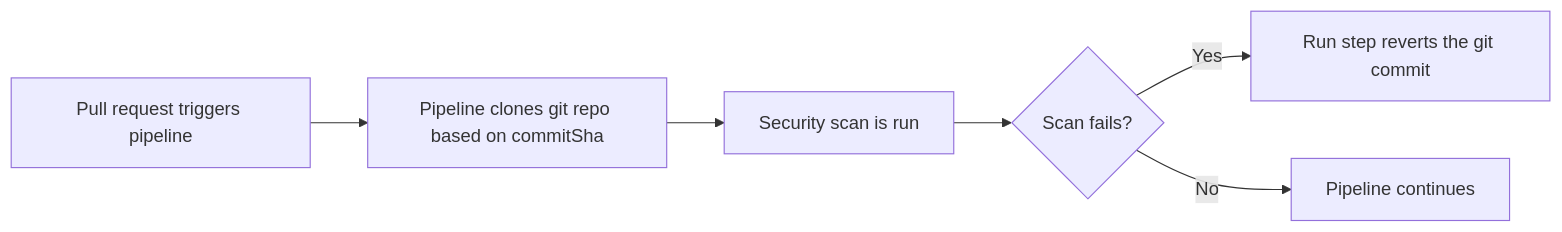
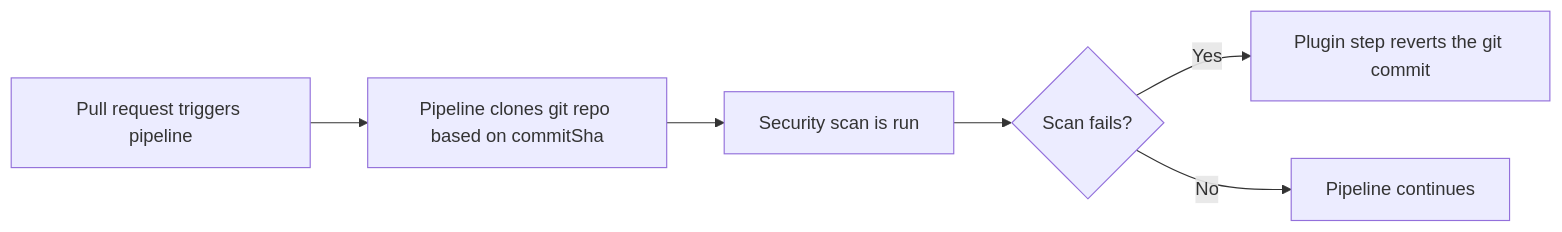
Before and after one commit to harness/developer-hub: the diagram in docs/continuous-integration/development-guides/security/git_revert_from_pr.md, drawn with Mermaid. The commit also changed other lines of this file and 1 other file, not shown here.

Commit message:
Update Run step to native Plugin step for git revert.

````diff
--- a/docs/continuous-integration/development-guides/security/git_revert_from_pr.md
+++ b/docs/continuous-integration/development-guides/security/git_revert_from_pr.md
@@ -20,15 +20,15 @@
 ```mermaid
 graph LR
     A[Pull request triggers pipeline]
     B[Pipeline clones git repo based on commitSha]
     C[Security scan is run]
     D{Scan fails?}
-    E[Run step reverts the git commit]
+    E[Plugin step reverts the git commit]
     F[Pipeline continues]
 
     A --> B
     B --> C
     C --> D
     D -- Yes --> E
     D -- No --> F
 ```
````
